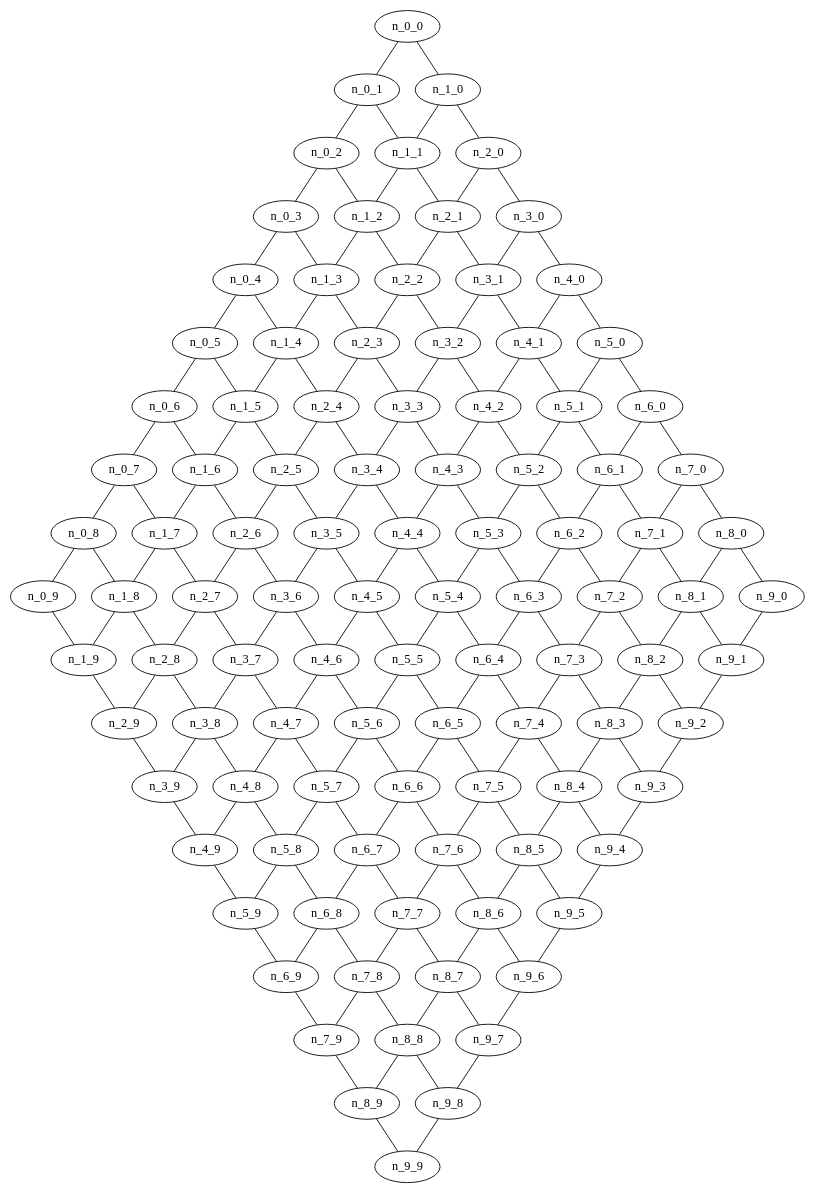
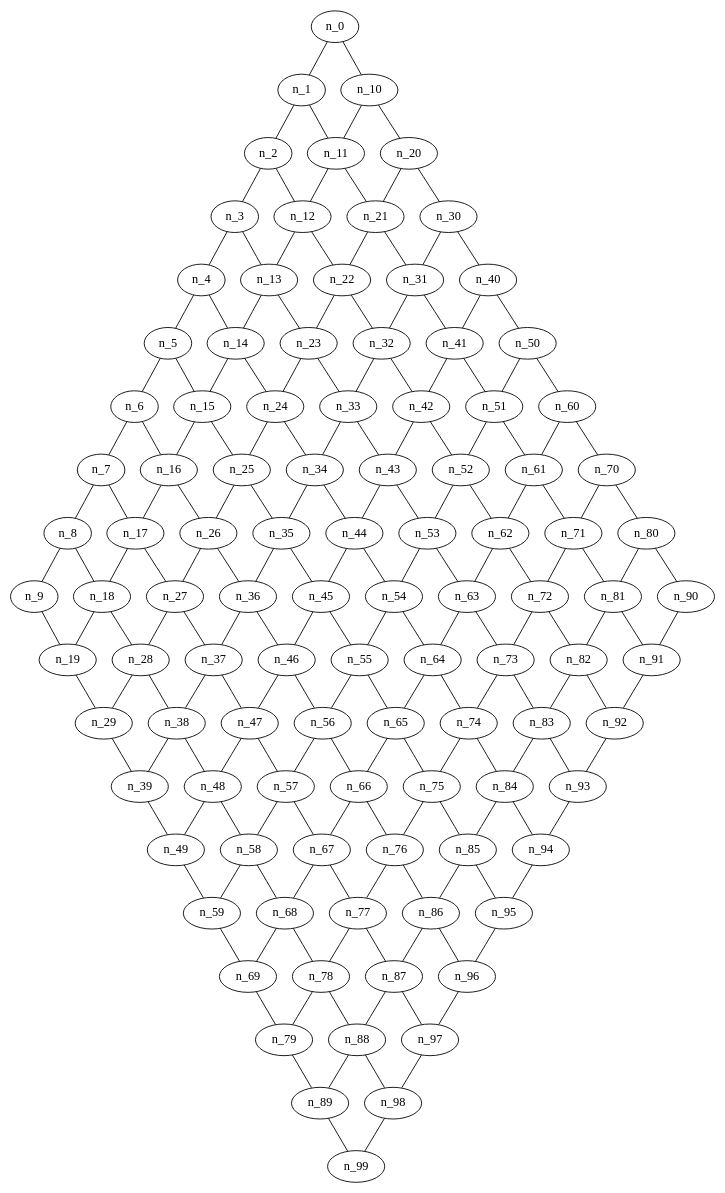
Before and after one commit to AkatzinBH/DAA: the diagram in Proyecto2/100 Nodos/Malla/grafoMalla_10_10.gv, drawn with Graphviz. The commit also changed 4 other files, not shown here.

```diff
--- a/Proyecto2/100 Nodos/Malla/grafoMalla_10_10.gv
+++ b/Proyecto2/100 Nodos/Malla/grafoMalla_10_10.gv
@@ -1,282 +1,282 @@
 graph grafoMalla_10_10  {
-n_0_0;
-n_0_1;
-n_0_2;
-n_0_3;
-n_0_4;
-n_0_5;
-n_0_6;
-n_0_7;
-n_0_8;
-n_0_9;
-n_1_0;
-n_1_1;
-n_1_2;
-n_1_3;
-n_1_4;
-n_1_5;
-n_1_6;
-n_1_7;
-n_1_8;
-n_1_9;
-n_2_0;
-n_2_1;
-n_2_2;
-n_2_3;
-n_2_4;
-n_2_5;
-n_2_6;
-n_2_7;
-n_2_8;
-n_2_9;
-n_3_0;
-n_3_1;
-n_3_2;
-n_3_3;
-n_3_4;
-n_3_5;
-n_3_6;
-n_3_7;
-n_3_8;
-n_3_9;
-n_4_0;
-n_4_1;
-n_4_2;
-n_4_3;
-n_4_4;
-n_4_5;
-n_4_6;
-n_4_7;
-n_4_8;
-n_4_9;
-n_5_0;
-n_5_1;
-n_5_2;
-n_5_3;
-n_5_4;
-n_5_5;
-n_5_6;
-n_5_7;
-n_5_8;
-n_5_9;
-n_6_0;
-n_6_1;
-n_6_2;
-n_6_3;
-n_6_4;
-n_6_5;
-n_6_6;
-n_6_7;
-n_6_8;
-n_6_9;
-n_7_0;
-n_7_1;
-n_7_2;
-n_7_3;
-n_7_4;
-n_7_5;
-n_7_6;
-n_7_7;
-n_7_8;
-n_7_9;
-n_8_0;
-n_8_1;
-n_8_2;
-n_8_3;
-n_8_4;
-n_8_5;
-n_8_6;
-n_8_7;
-n_8_8;
-n_8_9;
-n_9_0;
-n_9_1;
-n_9_2;
-n_9_3;
-n_9_4;
-n_9_5;
-n_9_6;
-n_9_7;
-n_9_8;
-n_9_9;
-n_0_0 -- n_1_0;
-n_0_0 -- n_0_1;
-n_0_1 -- n_1_1;
-n_0_1 -- n_0_2;
-n_0_2 -- n_1_2;
-n_0_2 -- n_0_3;
-n_0_3 -- n_1_3;
-n_0_3 -- n_0_4;
-n_0_4 -- n_1_4;
-n_0_4 -- n_0_5;
-n_0_5 -- n_1_5;
-n_0_5 -- n_0_6;
-n_0_6 -- n_1_6;
-n_0_6 -- n_0_7;
-n_0_7 -- n_1_7;
-n_0_7 -- n_0_8;
-n_0_8 -- n_1_8;
-n_0_8 -- n_0_9;
-n_0_9 -- n_1_9;
-n_1_0 -- n_2_0;
-n_1_0 -- n_1_1;
-n_1_1 -- n_2_1;
-n_1_1 -- n_1_2;
-n_1_2 -- n_2_2;
-n_1_2 -- n_1_3;
-n_1_3 -- n_2_3;
-n_1_3 -- n_1_4;
-n_1_4 -- n_2_4;
-n_1_4 -- n_1_5;
-n_1_5 -- n_2_5;
-n_1_5 -- n_1_6;
-n_1_6 -- n_2_6;
-n_1_6 -- n_1_7;
-n_1_7 -- n_2_7;
-n_1_7 -- n_1_8;
-n_1_8 -- n_2_8;
-n_1_8 -- n_1_9;
-n_1_9 -- n_2_9;
-n_2_0 -- n_3_0;
-n_2_0 -- n_2_1;
-n_2_1 -- n_3_1;
-n_2_1 -- n_2_2;
-n_2_2 -- n_3_2;
-n_2_2 -- n_2_3;
-n_2_3 -- n_3_3;
-n_2_3 -- n_2_4;
-n_2_4 -- n_3_4;
-n_2_4 -- n_2_5;
-n_2_5 -- n_3_5;
-n_2_5 -- n_2_6;
-n_2_6 -- n_3_6;
-n_2_6 -- n_2_7;
-n_2_7 -- n_3_7;
-n_2_7 -- n_2_8;
-n_2_8 -- n_3_8;
-n_2_8 -- n_2_9;
-n_2_9 -- n_3_9;
-n_3_0 -- n_4_0;
-n_3_0 -- n_3_1;
-n_3_1 -- n_4_1;
-n_3_1 -- n_3_2;
-n_3_2 -- n_4_2;
-n_3_2 -- n_3_3;
-n_3_3 -- n_4_3;
-n_3_3 -- n_3_4;
-n_3_4 -- n_4_4;
-n_3_4 -- n_3_5;
-n_3_5 -- n_4_5;
-n_3_5 -- n_3_6;
-n_3_6 -- n_4_6;
-n_3_6 -- n_3_7;
-n_3_7 -- n_4_7;
-n_3_7 -- n_3_8;
-n_3_8 -- n_4_8;
-n_3_8 -- n_3_9;
-n_3_9 -- n_4_9;
-n_4_0 -- n_5_0;
-n_4_0 -- n_4_1;
-n_4_1 -- n_5_1;
-n_4_1 -- n_4_2;
-n_4_2 -- n_5_2;
-n_4_2 -- n_4_3;
-n_4_3 -- n_5_3;
-n_4_3 -- n_4_4;
-n_4_4 -- n_5_4;
-n_4_4 -- n_4_5;
-n_4_5 -- n_5_5;
-n_4_5 -- n_4_6;
-n_4_6 -- n_5_6;
-n_4_6 -- n_4_7;
-n_4_7 -- n_5_7;
-n_4_7 -- n_4_8;
-n_4_8 -- n_5_8;
-n_4_8 -- n_4_9;
-n_4_9 -- n_5_9;
-n_5_0 -- n_6_0;
-n_5_0 -- n_5_1;
-n_5_1 -- n_6_1;
-n_5_1 -- n_5_2;
-n_5_2 -- n_6_2;
-n_5_2 -- n_5_3;
-n_5_3 -- n_6_3;
-n_5_3 -- n_5_4;
-n_5_4 -- n_6_4;
-n_5_4 -- n_5_5;
-n_5_5 -- n_6_5;
-n_5_5 -- n_5_6;
-n_5_6 -- n_6_6;
-n_5_6 -- n_5_7;
-n_5_7 -- n_6_7;
-n_5_7 -- n_5_8;
-n_5_8 -- n_6_8;
-n_5_8 -- n_5_9;
-n_5_9 -- n_6_9;
-n_6_0 -- n_7_0;
-n_6_0 -- n_6_1;
-n_6_1 -- n_7_1;
-n_6_1 -- n_6_2;
-n_6_2 -- n_7_2;
-n_6_2 -- n_6_3;
-n_6_3 -- n_7_3;
-n_6_3 -- n_6_4;
-n_6_4 -- n_7_4;
-n_6_4 -- n_6_5;
-n_6_5 -- n_7_5;
-n_6_5 -- n_6_6;
-n_6_6 -- n_7_6;
-n_6_6 -- n_6_7;
-n_6_7 -- n_7_7;
-n_6_7 -- n_6_8;
-n_6_8 -- n_7_8;
-n_6_8 -- n_6_9;
-n_6_9 -- n_7_9;
-n_7_0 -- n_8_0;
-n_7_0 -- n_7_1;
-n_7_1 -- n_8_1;
-n_7_1 -- n_7_2;
-n_7_2 -- n_8_2;
-n_7_2 -- n_7_3;
-n_7_3 -- n_8_3;
-n_7_3 -- n_7_4;
-n_7_4 -- n_8_4;
-n_7_4 -- n_7_5;
-n_7_5 -- n_8_5;
-n_7_5 -- n_7_6;
-n_7_6 -- n_8_6;
-n_7_6 -- n_7_7;
-n_7_7 -- n_8_7;
-n_7_7 -- n_7_8;
-n_7_8 -- n_8_8;
-n_7_8 -- n_7_9;
-n_7_9 -- n_8_9;
-n_8_0 -- n_9_0;
-n_8_0 -- n_8_1;
-n_8_1 -- n_9_1;
-n_8_1 -- n_8_2;
-n_8_2 -- n_9_2;
-n_8_2 -- n_8_3;
-n_8_3 -- n_9_3;
-n_8_3 -- n_8_4;
-n_8_4 -- n_9_4;
-n_8_4 -- n_8_5;
-n_8_5 -- n_9_5;
-n_8_5 -- n_8_6;
-n_8_6 -- n_9_6;
-n_8_6 -- n_8_7;
-n_8_7 -- n_9_7;
-n_8_7 -- n_8_8;
-n_8_8 -- n_9_8;
-n_8_8 -- n_8_9;
-n_8_9 -- n_9_9;
-n_9_0 -- n_9_1;
-n_9_1 -- n_9_2;
-n_9_2 -- n_9_3;
-n_9_3 -- n_9_4;
-n_9_4 -- n_9_5;
-n_9_5 -- n_9_6;
-n_9_6 -- n_9_7;
-n_9_7 -- n_9_8;
-n_9_8 -- n_9_9;
+n_0;
+n_1;
+n_2;
+n_3;
+n_4;
+n_5;
+n_6;
+n_7;
+n_8;
+n_9;
+n_10;
+n_11;
+n_12;
+n_13;
+n_14;
+n_15;
+n_16;
+n_17;
+n_18;
+n_19;
+n_20;
+n_21;
+n_22;
+n_23;
+n_24;
+n_25;
+n_26;
+n_27;
+n_28;
+n_29;
+n_30;
+n_31;
+n_32;
+n_33;
+n_34;
+n_35;
+n_36;
+n_37;
+n_38;
+n_39;
+n_40;
+n_41;
+n_42;
+n_43;
+n_44;
+n_45;
+n_46;
+n_47;
+n_48;
+n_49;
+n_50;
+n_51;
+n_52;
+n_53;
+n_54;
+n_55;
+n_56;
+n_57;
+n_58;
+n_59;
+n_60;
+n_61;
+n_62;
+n_63;
+n_64;
+n_65;
+n_66;
+n_67;
+n_68;
+n_69;
+n_70;
+n_71;
+n_72;
+n_73;
+n_74;
+n_75;
+n_76;
+n_77;
+n_78;
+n_79;
+n_80;
+n_81;
+n_82;
+n_83;
+n_84;
+n_85;
+n_86;
+n_87;
+n_88;
+n_89;
+n_90;
+n_91;
+n_92;
+n_93;
+n_94;
+n_95;
+n_96;
+n_97;
+n_98;
+n_99;
+n_0 -- n_10;
+n_0 -- n_1;
+n_1 -- n_11;
+n_1 -- n_2;
+n_2 -- n_12;
+n_2 -- n_3;
+n_3 -- n_13;
+n_3 -- n_4;
+n_4 -- n_14;
+n_4 -- n_5;
+n_5 -- n_15;
+n_5 -- n_6;
+n_6 -- n_16;
+n_6 -- n_7;
+n_7 -- n_17;
+n_7 -- n_8;
+n_8 -- n_18;
+n_8 -- n_9;
+n_9 -- n_19;
+n_10 -- n_20;
+n_10 -- n_11;
+n_11 -- n_21;
+n_11 -- n_12;
+n_12 -- n_22;
+n_12 -- n_13;
+n_13 -- n_23;
+n_13 -- n_14;
+n_14 -- n_24;
+n_14 -- n_15;
+n_15 -- n_25;
+n_15 -- n_16;
+n_16 -- n_26;
+n_16 -- n_17;
+n_17 -- n_27;
+n_17 -- n_18;
+n_18 -- n_28;
+n_18 -- n_19;
+n_19 -- n_29;
+n_20 -- n_30;
+n_20 -- n_21;
+n_21 -- n_31;
+n_21 -- n_22;
+n_22 -- n_32;
+n_22 -- n_23;
+n_23 -- n_33;
+n_23 -- n_24;
+n_24 -- n_34;
+n_24 -- n_25;
+n_25 -- n_35;
+n_25 -- n_26;
+n_26 -- n_36;
+n_26 -- n_27;
+n_27 -- n_37;
+n_27 -- n_28;
+n_28 -- n_38;
+n_28 -- n_29;
+n_29 -- n_39;
+n_30 -- n_40;
+n_30 -- n_31;
+n_31 -- n_41;
+n_31 -- n_32;
+n_32 -- n_42;
+n_32 -- n_33;
+n_33 -- n_43;
+n_33 -- n_34;
+n_34 -- n_44;
+n_34 -- n_35;
+n_35 -- n_45;
+n_35 -- n_36;
+n_36 -- n_46;
+n_36 -- n_37;
+n_37 -- n_47;
+n_37 -- n_38;
+n_38 -- n_48;
+n_38 -- n_39;
+n_39 -- n_49;
+n_40 -- n_50;
+n_40 -- n_41;
+n_41 -- n_51;
+n_41 -- n_42;
+n_42 -- n_52;
+n_42 -- n_43;
+n_43 -- n_53;
+n_43 -- n_44;
+n_44 -- n_54;
+n_44 -- n_45;
+n_45 -- n_55;
+n_45 -- n_46;
+n_46 -- n_56;
+n_46 -- n_47;
+n_47 -- n_57;
+n_47 -- n_48;
+n_48 -- n_58;
+n_48 -- n_49;
+n_49 -- n_59;
+n_50 -- n_60;
+n_50 -- n_51;
+n_51 -- n_61;
+n_51 -- n_52;
+n_52 -- n_62;
+n_52 -- n_53;
+n_53 -- n_63;
+n_53 -- n_54;
+n_54 -- n_64;
+n_54 -- n_55;
+n_55 -- n_65;
+n_55 -- n_56;
+n_56 -- n_66;
+n_56 -- n_57;
+n_57 -- n_67;
+n_57 -- n_58;
+n_58 -- n_68;
+n_58 -- n_59;
+n_59 -- n_69;
+n_60 -- n_70;
+n_60 -- n_61;
+n_61 -- n_71;
+n_61 -- n_62;
+n_62 -- n_72;
+n_62 -- n_63;
+n_63 -- n_73;
+n_63 -- n_64;
+n_64 -- n_74;
+n_64 -- n_65;
+n_65 -- n_75;
+n_65 -- n_66;
+n_66 -- n_76;
+n_66 -- n_67;
+n_67 -- n_77;
+n_67 -- n_68;
+n_68 -- n_78;
+n_68 -- n_69;
+n_69 -- n_79;
+n_70 -- n_80;
+n_70 -- n_71;
+n_71 -- n_81;
+n_71 -- n_72;
+n_72 -- n_82;
+n_72 -- n_73;
+n_73 -- n_83;
+n_73 -- n_74;
+n_74 -- n_84;
+n_74 -- n_75;
+n_75 -- n_85;
+n_75 -- n_76;
+n_76 -- n_86;
+n_76 -- n_77;
+n_77 -- n_87;
+n_77 -- n_78;
+n_78 -- n_88;
+n_78 -- n_79;
+n_79 -- n_89;
+n_80 -- n_90;
+n_80 -- n_81;
+n_81 -- n_91;
+n_81 -- n_82;
+n_82 -- n_92;
+n_82 -- n_83;
+n_83 -- n_93;
+n_83 -- n_84;
+n_84 -- n_94;
+n_84 -- n_85;
+n_85 -- n_95;
+n_85 -- n_86;
+n_86 -- n_96;
+n_86 -- n_87;
+n_87 -- n_97;
+n_87 -- n_88;
+n_88 -- n_98;
+n_88 -- n_89;
+n_89 -- n_99;
+n_90 -- n_91;
+n_91 -- n_92;
+n_92 -- n_93;
+n_93 -- n_94;
+n_94 -- n_95;
+n_95 -- n_96;
+n_96 -- n_97;
+n_97 -- n_98;
+n_98 -- n_99;
 }
```
